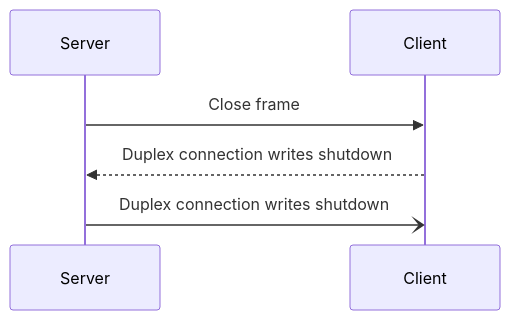
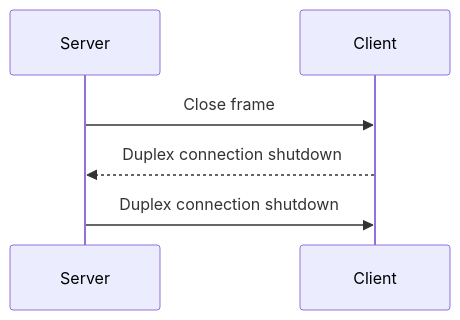
The second of 2 diagrams in pages/icerpc-core/slic-protocol/connection-closure.md (icerpc/icerpc-docs), drawn with Mermaid before and after one commit. The commit also changed other lines of this file and 4 other files, not shown here.

````diff
--- a/pages/icerpc-core/slic-protocol/connection-closure.md
+++ b/pages/icerpc-core/slic-protocol/connection-closure.md
@@ -58,6 +58,6 @@
 ```mermaid
 sequenceDiagram
     Server->>Client: Close frame
-    Client-->>Server: Duplex connection writes shutdown
-    Server-)Client: Duplex connection writes shutdown
+    Client-->>Server: Duplex connection shutdown
+    Server->>Client: Duplex connection shutdown
 ```
````
